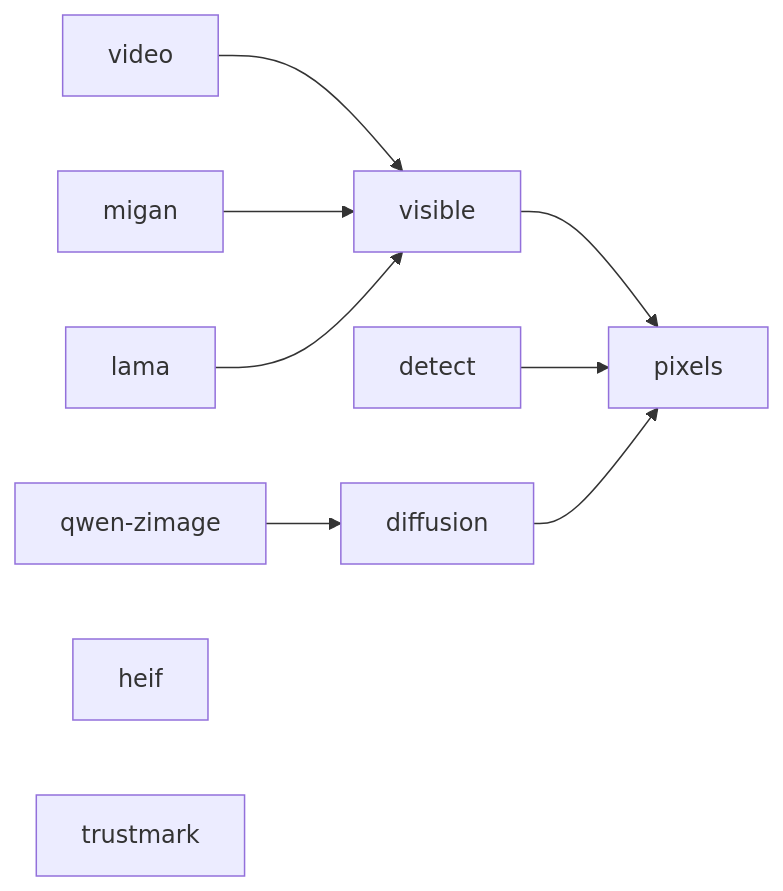
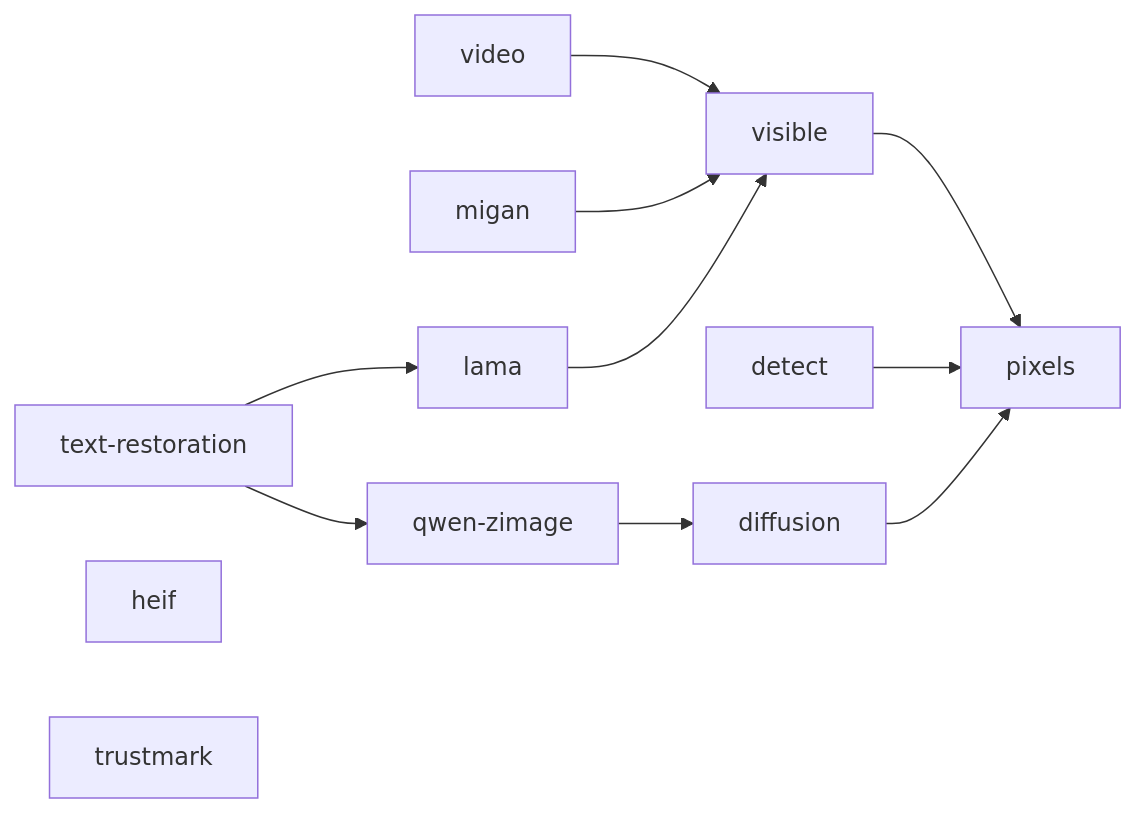
One commit to AlphaCatMeow/remove-ai-watermarks changed the diagram in docs/installation.md. Above: the diagram before and after it, drawn with Mermaid. The commit also changed other lines of this file and 20 other files, not shown here.

Commit message:
Add verified text restoration

````diff
--- a/docs/installation.md
+++ b/docs/installation.md
@@ -112,12 +122,14 @@
 ```mermaid
 flowchart LR
     visible --> pixels
     video --> visible
     detect --> pixels
     diffusion --> pixels
     migan --> visible
     lama --> visible
     qwen["qwen-zimage"] --> diffusion
+    text["text-restoration"] --> qwen
+    text --> lama
     heif
     trustmark
 ```
````
